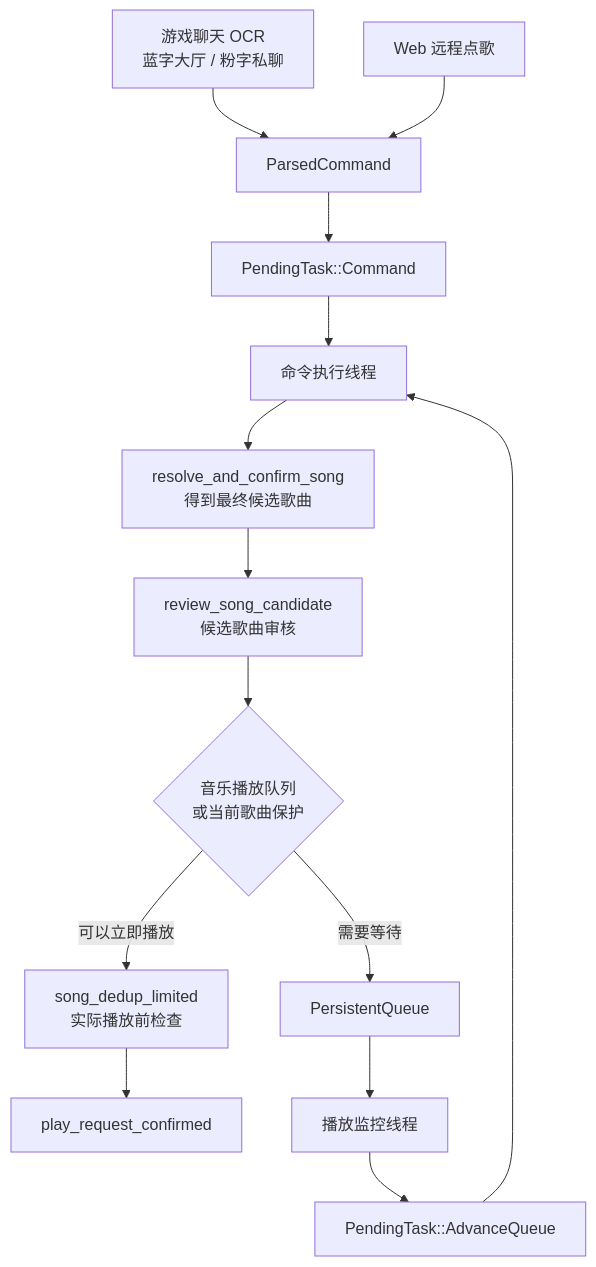
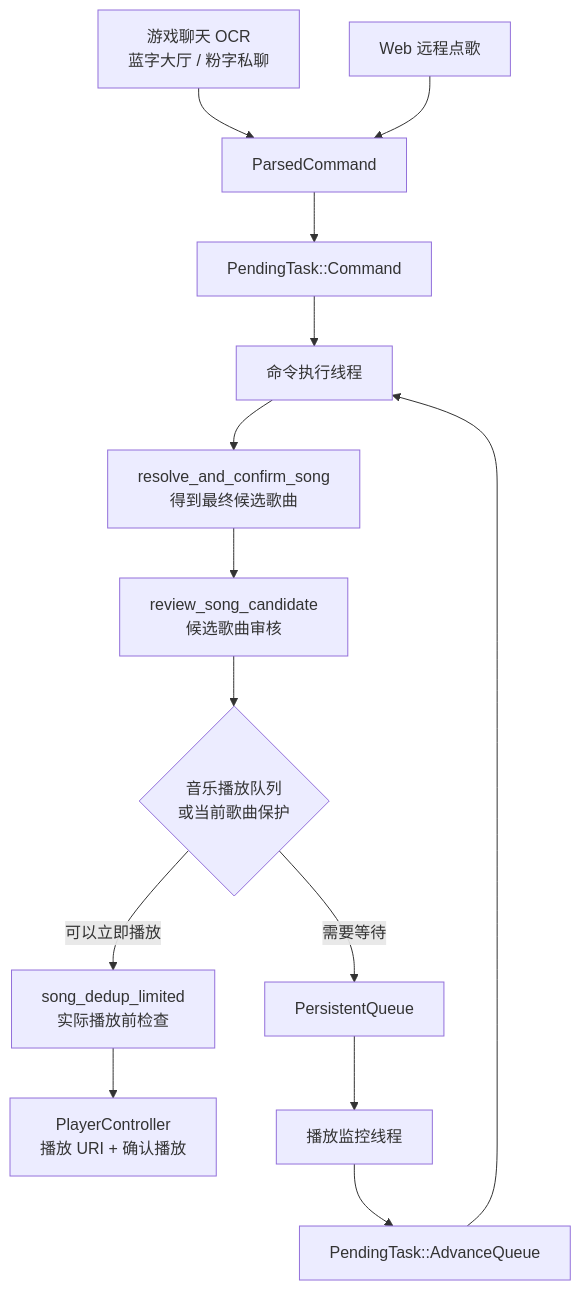
The first of 2 diagrams in docs/song-request-flow.md (XingNian-www/Miliastra-Wonderland-Music), drawn with Mermaid before and after one commit. The commit also changed other lines of this file and 22 other files, not shown here.

````diff
--- a/docs/song-request-flow.md
+++ b/docs/song-request-flow.md
@@ -11,16 +11,16 @@
 ```mermaid
 flowchart TD
     A["游戏聊天 OCR<br/>蓝字大厅 / 粉字私聊"] --> B["ParsedCommand"]
     C["Web 远程点歌"] --> B
     B --> D["PendingTask::Command"]
     D --> E["命令执行线程"]
     E --> F["resolve_and_confirm_song<br/>得到最终候选歌曲"]
     F --> G["review_song_candidate<br/>候选歌曲审核"]
     G --> H{"音乐播放队列<br/>或当前歌曲保护"}
     H -->|需要等待| I["PersistentQueue"]
     H -->|可以立即播放| M["song_dedup_limited<br/>实际播放前检查"]
-    M --> J["play_request_confirmed"]
+    M --> J["PlayerController<br/>播放 URI + 确认播放"]
     I --> K["播放监控线程"]
     K --> L["PendingTask::AdvanceQueue"]
     L --> E
 ```
````
